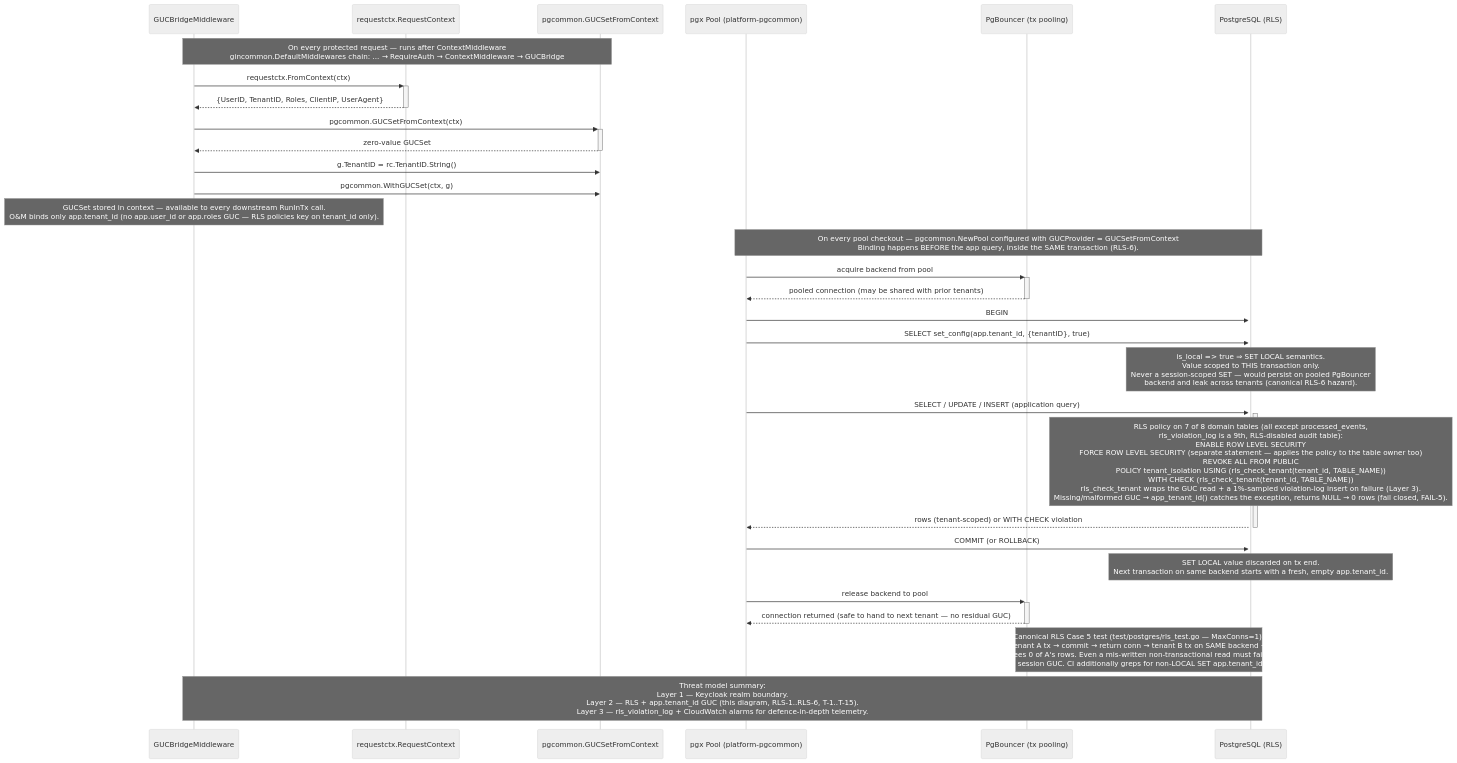
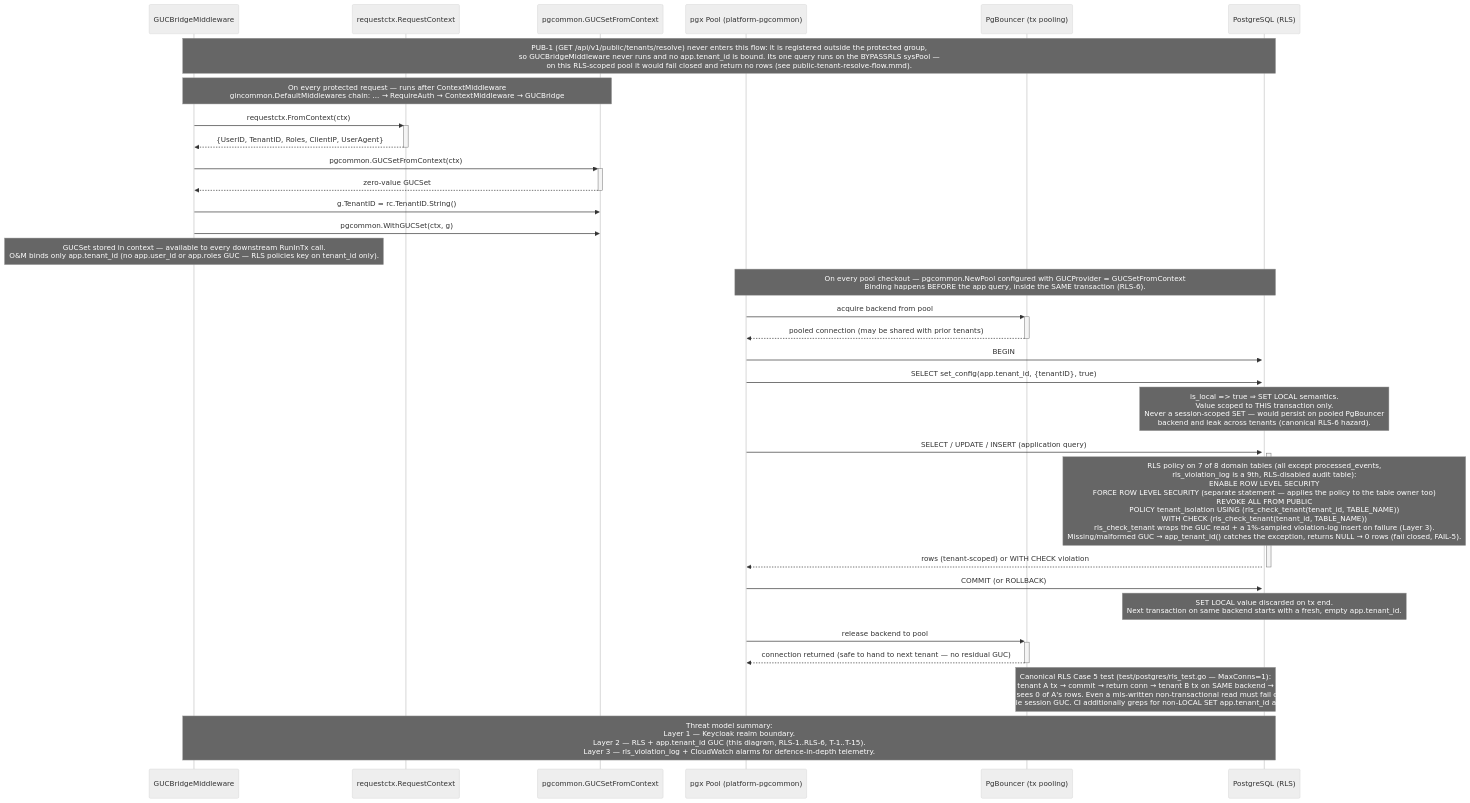
Before and after one commit to BCBP-SOLUTIONS-FZC-LLC/iam-org-membership: the diagram in docs/architecture/mermaid/rls-guc-flow.mmd, drawn with Mermaid (neutral theme). The commit also changed 39 other files, not shown here.

First line of the commit message:
feat(api): PUB-1 GET /api/v1/public/tenants/resolve — pre-login tenant/realm resolution (#16)

```diff
--- a/docs/architecture/mermaid/rls-guc-flow.mmd
+++ b/docs/architecture/mermaid/rls-guc-flow.mmd
@@ -1,43 +1,45 @@
 sequenceDiagram
     participant MW as GUCBridgeMiddleware
     participant RC as requestctx.RequestContext
     participant GUC as pgcommon.GUCSetFromContext
     participant Pool as pgx Pool (platform-pgcommon)
     participant PGB as PgBouncer (tx pooling)
     participant DB as PostgreSQL (RLS)
+
+    Note over MW,DB: PUB-1 (GET /api/v1/public/tenants/resolve) never enters this flow: it is registered outside the protected group,<br/>so GUCBridgeMiddleware never runs and no app.tenant_id is bound. Its one query runs on the BYPASSRLS sysPool —<br/>on this RLS-scoped pool it would fail closed and return no rows (see public-tenant-resolve-flow.mmd).
 
     Note over MW,GUC: On every protected request — runs after ContextMiddleware<br/>gincommon.DefaultMiddlewares chain: ... → RequireAuth → ContextMiddleware → GUCBridge
 
     MW ->>+ RC: requestctx.FromContext(ctx)
     RC -->>- MW: {UserID, TenantID, Roles, ClientIP, UserAgent}
 
     MW ->>+ GUC: pgcommon.GUCSetFromContext(ctx)
     GUC -->>- MW: zero-value GUCSet
 
     MW ->> GUC: g.TenantID = rc.TenantID.String()
     MW ->> GUC: pgcommon.WithGUCSet(ctx, g)
     Note over MW: GUCSet stored in context — available to every downstream RunInTx call.<br/>O&M binds only app.tenant_id (no app.user_id or app.roles GUC — RLS policies key on tenant_id only).
 
     Note over Pool,DB: On every pool checkout — pgcommon.NewPool configured with GUCProvider = GUCSetFromContext<br/>Binding happens BEFORE the app query, inside the SAME transaction (RLS-6).
 
     Pool ->>+ PGB: acquire backend from pool
     PGB -->>- Pool: pooled connection (may be shared with prior tenants)
 
     Pool ->>+ DB: BEGIN
     Pool ->>+ DB: SELECT set_config(app.tenant_id, {tenantID}, true)
     Note over DB: is_local => true ⇒ SET LOCAL semantics.<br/>Value scoped to THIS transaction only.<br/>Never a session-scoped SET — would persist on pooled PgBouncer<br/>backend and leak across tenants (canonical RLS-6 hazard).
 
     Pool ->>+ DB: SELECT / UPDATE / INSERT (application query)
     Note over DB: RLS policy on 7 of 8 domain tables (all except processed_events,<br/>rls_violation_log is a 9th, RLS-disabled audit table):<br/>  ENABLE ROW LEVEL SECURITY<br/>  FORCE ROW LEVEL SECURITY (separate statement — applies the policy to the table owner too)<br/>  REVOKE ALL FROM PUBLIC<br/>  POLICY tenant_isolation USING (rls_check_tenant(tenant_id, TABLE_NAME))<br/>                          WITH CHECK (rls_check_tenant(tenant_id, TABLE_NAME))<br/>rls_check_tenant wraps the GUC read + a 1%-sampled violation-log insert on failure (Layer 3).<br/>Missing/malformed GUC → app_tenant_id() catches the exception, returns NULL → 0 rows (fail closed, FAIL-5).
 
     DB -->>- Pool: rows (tenant-scoped) or WITH CHECK violation
 
     Pool ->>+ DB: COMMIT (or ROLLBACK)
     Note over DB: SET LOCAL value discarded on tx end.<br/>Next transaction on same backend starts with a fresh, empty app.tenant_id.
 
     Pool ->>+ PGB: release backend to pool
     PGB -->>- Pool: connection returned (safe to hand to next tenant — no residual GUC)
 
     Note over DB,PGB: Canonical RLS Case 5 test (test/postgres/rls_test.go — MaxConns=1):<br/>tenant A tx → commit → return conn → tenant B tx on SAME backend →<br/>assert B sees 0 of A's rows. Even a mis-written non-transactional read must fail closed —<br/>never inherit A's stale session GUC. CI additionally greps for non-LOCAL SET app.tenant_id as forbidden pattern.
 
     Note over MW,DB: Threat model summary:<br/>Layer 1 — Keycloak realm boundary.<br/>Layer 2 — RLS + app.tenant_id GUC (this diagram, RLS-1..RLS-6, T-1..T-15).<br/>Layer 3 — rls_violation_log + CloudWatch alarms for defence-in-depth telemetry.
```
